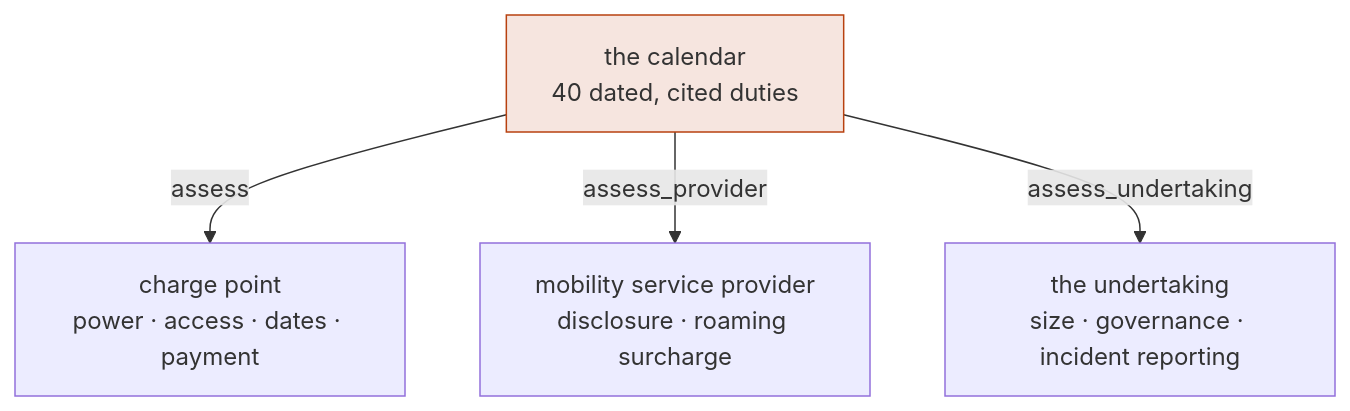
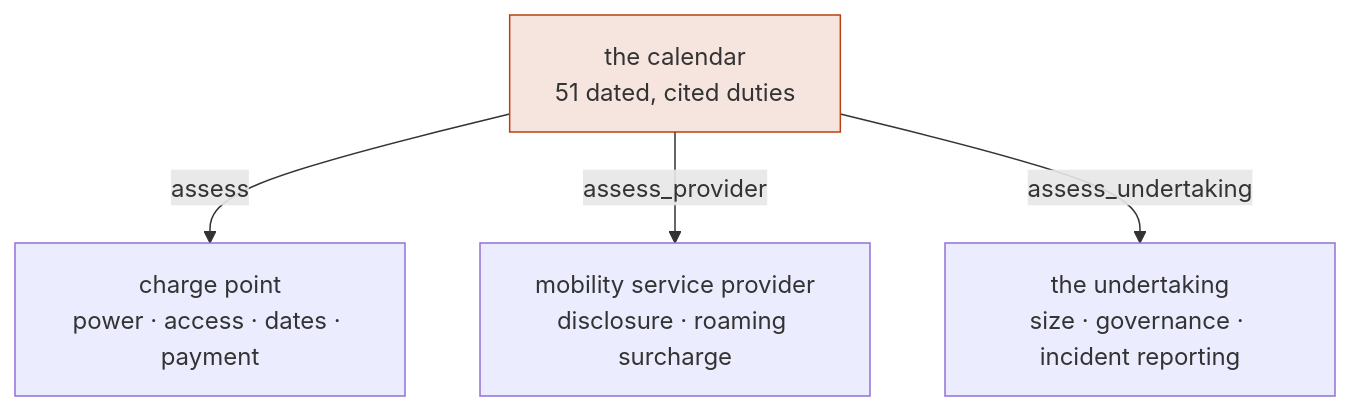
Before and after one commit to hupe1980/emob: the diagram in site/content/docs/compliance.md, drawn with Mermaid. The commit also changed other lines of this file and 223 other files, not shown here.

````diff
--- a/site/content/docs/compliance.md
+++ b/site/content/docs/compliance.md
@@ -28,10 +31,10 @@
 ```mermaid
 flowchart TB
-    CAL["the calendar<br/>40 dated, cited duties"]
+    CAL["the calendar<br/>51 dated, cited duties"]
     CAL -->|"assess"| P["charge point<br/>power · access · dates · payment"]
     CAL -->|"assess_provider"| M["mobility service provider<br/>disclosure · roaming surcharge"]
     CAL -->|"assess_undertaking"| U["the undertaking<br/>size · governance · incident reporting"]
 
     classDef one fill:#b8410f22,stroke:#b8410f
     class CAL one
 ```
````
